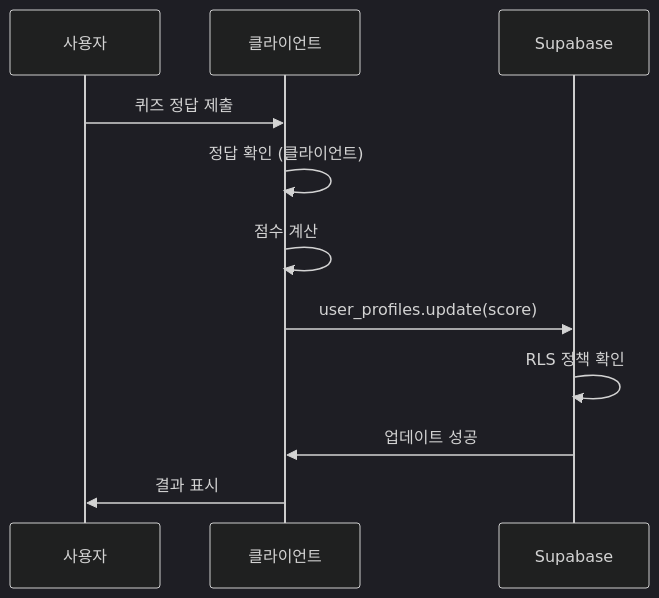
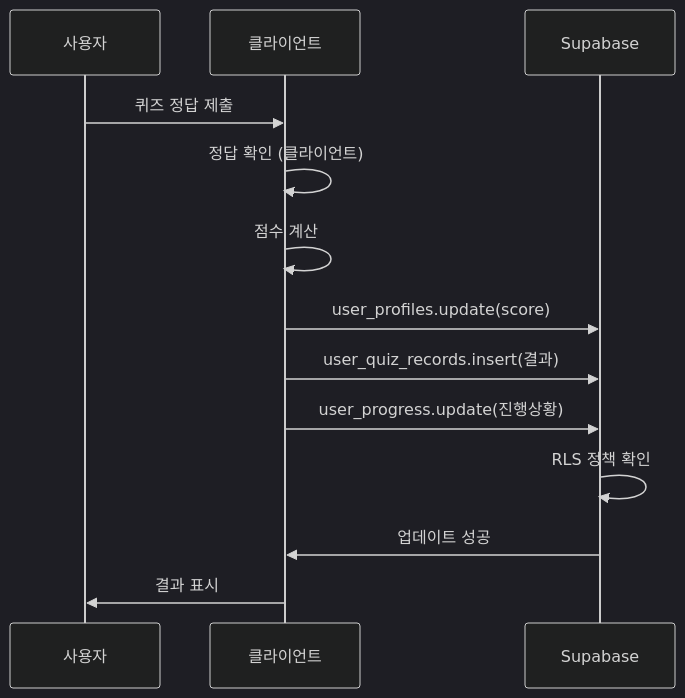
One commit to save-the-life/health-hero changed the second of 4 diagrams in docs/ARCHITECTURE.md. Above: the diagram before and after it, drawn with Mermaid (dark theme). The commit also changed other lines of this file and 265 other files, not shown here.

````diff
--- a/docs/ARCHITECTURE.md
+++ b/docs/ARCHITECTURE.md
@@ -154,14 +198,16 @@
 ```mermaid
 sequenceDiagram
     participant U as 사용자
     participant C as 클라이언트
     participant S as Supabase
 
     U->>C: 퀴즈 정답 제출
     C->>C: 정답 확인 (클라이언트)
     C->>C: 점수 계산
     C->>S: user_profiles.update(score)
+    C->>S: user_quiz_records.insert(결과)
+    C->>S: user_progress.update(진행상황)
     S->>S: RLS 정책 확인
     S->>C: 업데이트 성공
     C->>U: 결과 표시
 ```
````
